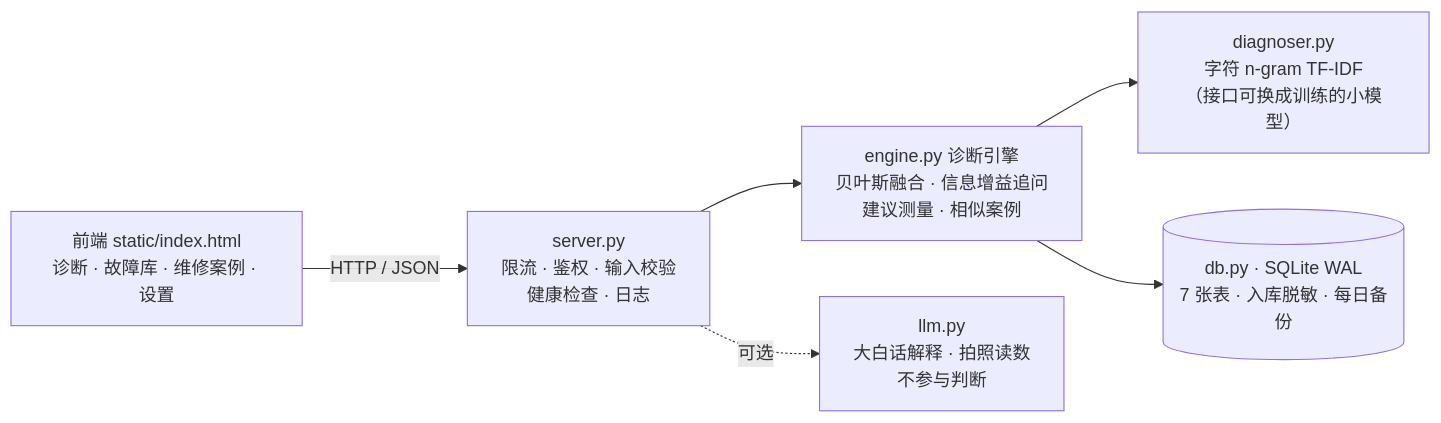
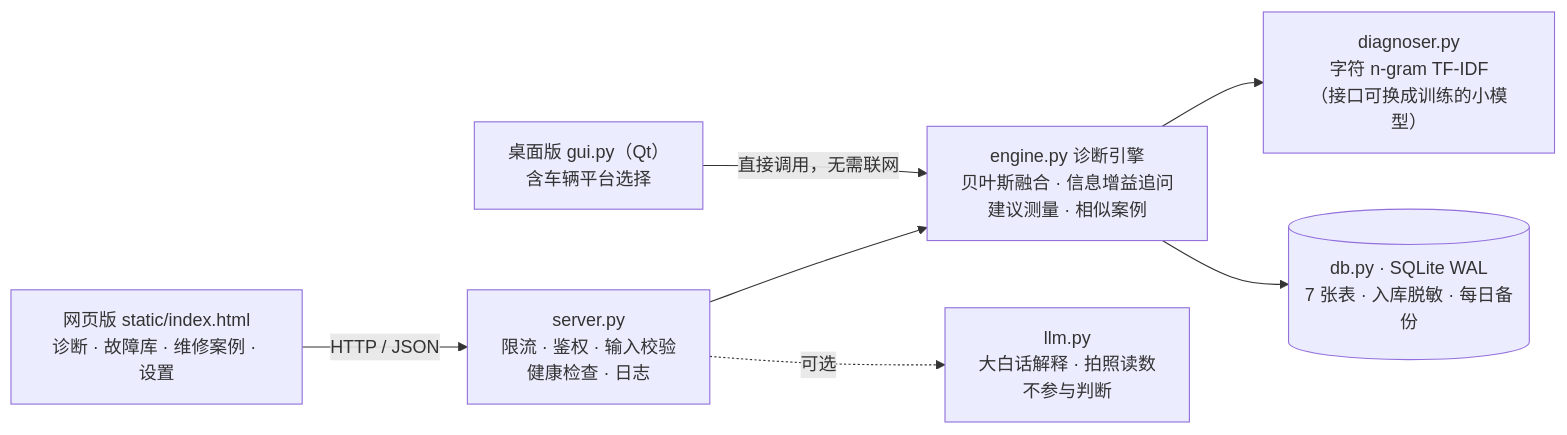
The diagram in README.md (zijin1337/ev-doctor), drawn with Mermaid before and after one commit. The commit also changed other lines of this file and 5 other files, not shown here.

First line of the commit message:
桌面版：Qt 原生界面，含车辆平台选择

````diff
--- a/README.md
+++ b/README.md
@@ -41,8 +56,9 @@
 ```mermaid
 flowchart LR
-  UI["前端 static/index.html<br/>诊断 · 故障库 · 维修案例 · 设置"] -->|HTTP / JSON| S["server.py<br/>限流 · 鉴权 · 输入校验<br/>健康检查 · 日志"]
+  UI["网页版 static/index.html<br/>诊断 · 故障库 · 维修案例 · 设置"] -->|HTTP / JSON| S["server.py<br/>限流 · 鉴权 · 输入校验<br/>健康检查 · 日志"]
+  G["桌面版 gui.py（Qt）<br/>含车辆平台选择"] -->|直接调用，无需联网| E
   S --> E["engine.py 诊断引擎<br/>贝叶斯融合 · 信息增益追问<br/>建议测量 · 相似案例"]
   E --> T["diagnoser.py<br/>字符 n-gram TF-IDF<br/>（接口可换成训练的小模型）"]
   E --> D[("db.py · SQLite WAL<br/>7 张表 · 入库脱敏 · 每日备份")]
   S -. 可选 .-> L["llm.py<br/>大白话解释 · 拍照读数<br/>不参与判断"]
 ```
````
